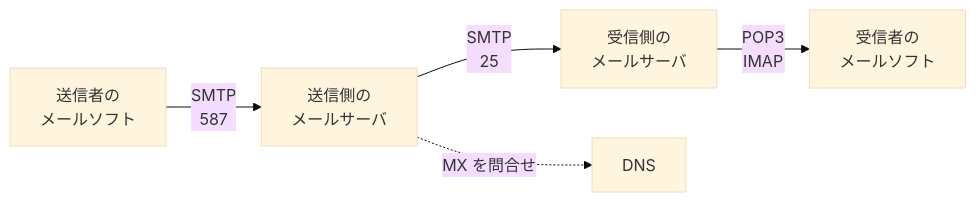
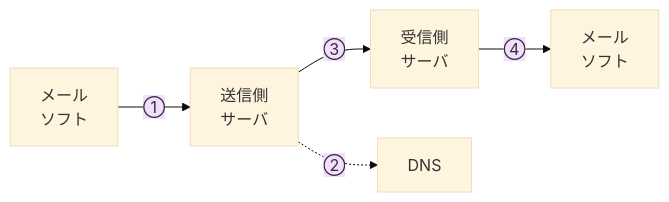
Before and after one commit to nnnaanaa/document: the first of 2 diagrams in network/protocol/mail.md, drawn with Mermaid (base theme). The commit also changed other lines of this file and 3 other files, not shown here.

Commit message:
新しい暗記シート4本の図の横幅を詰める

````diff
--- a/network/protocol/mail.md
+++ b/network/protocol/mail.md
@@ -10,7 +10,7 @@
 ```mermaid
 flowchart LR
-  A["送信者の<br>メールソフト"] -- "SMTP<br>587" --> B["送信側の<br>メールサーバ"]
-  B -- "SMTP<br>25" --> C["受信側の<br>メールサーバ"]
-  C -- "POP3<br>IMAP" --> D["受信者の<br>メールソフト"]
-  B -. "MX を問合せ" .-> N["DNS"]
+  A["メール<br>ソフト"] -- "①" --> B["送信側<br>サーバ"]
+  B -- "③" --> C["受信側<br>サーバ"]
+  C -- "④" --> D["メール<br>ソフト"]
+  B -. "②" .-> N["DNS"]
 ```
````
